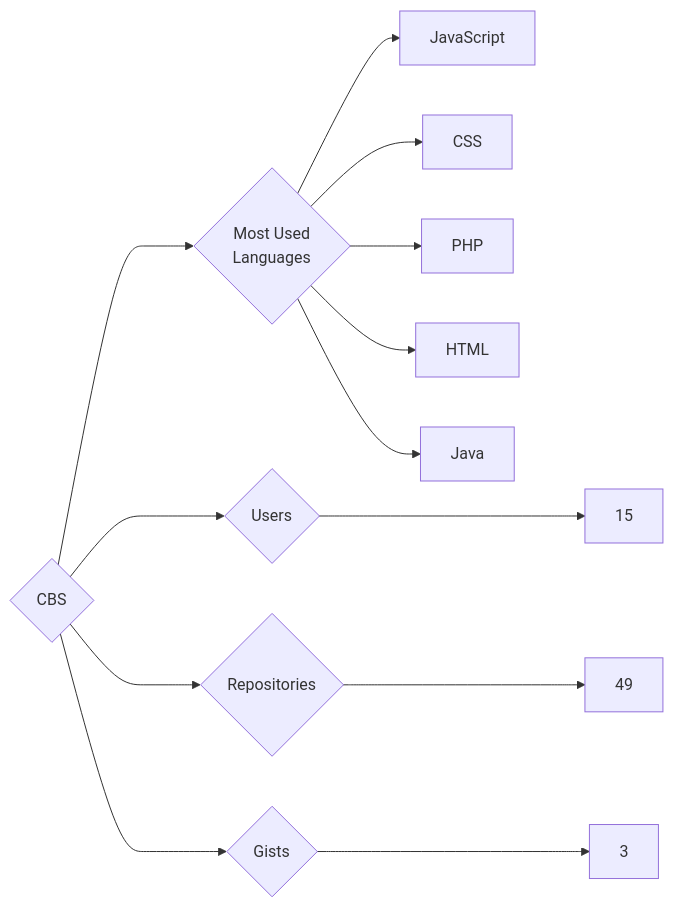
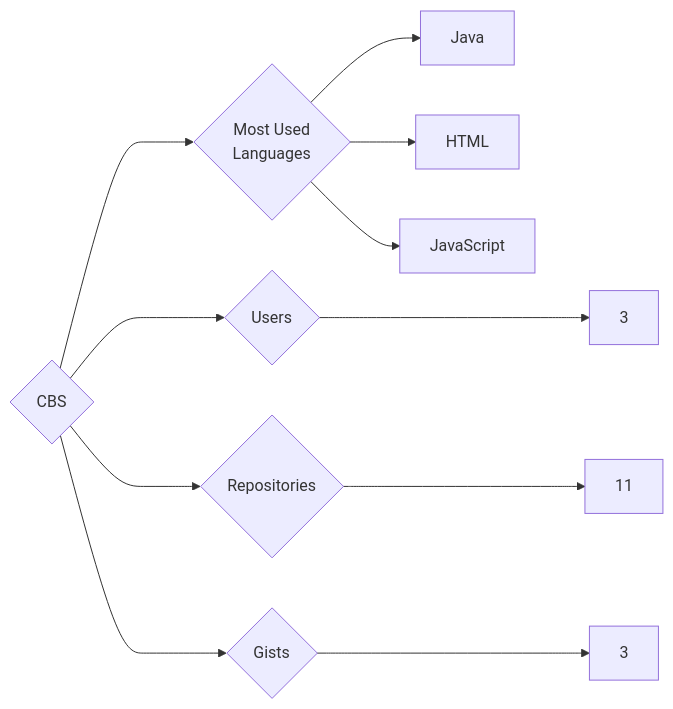
The diagram in targets/CBS/README.md (trickest/insiders), drawn with Mermaid before and after one commit. The commit also changed 914 other files, not shown here.

````diff
--- a/targets/CBS/README.md
+++ b/targets/CBS/README.md
@@ -3,13 +3,11 @@
 ```mermaid
 graph LR
 COMPANY_NAME{CBS}
-COMPANY_NAME ---> U{Users} ---> UN[15]
-COMPANY_NAME ---> R{Repositories} ---> RN[49]
+COMPANY_NAME ---> U{Users} ---> UN[3]
+COMPANY_NAME ---> R{Repositories} ---> RN[11]
 COMPANY_NAME ---> G{Gists} ---> GN[3]
 COMPANY_NAME ---> ML{Most Used<br>Languages}
+ML --> Java[Java]
+ML --> HTML[HTML]
 ML --> JavaScript[JavaScript]
-ML --> CSS[CSS]
-ML --> PHP[PHP]
-ML --> HTML[HTML]
-ML --> Java[Java]
 ```
````
